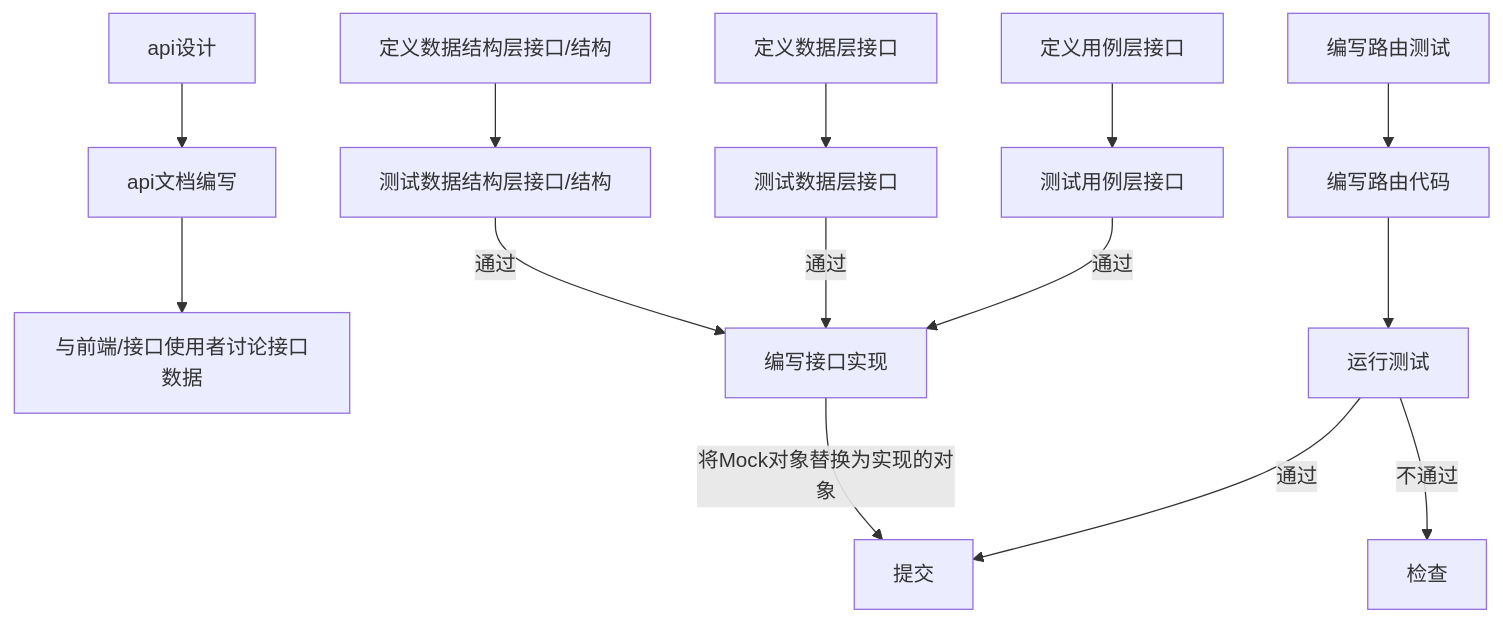
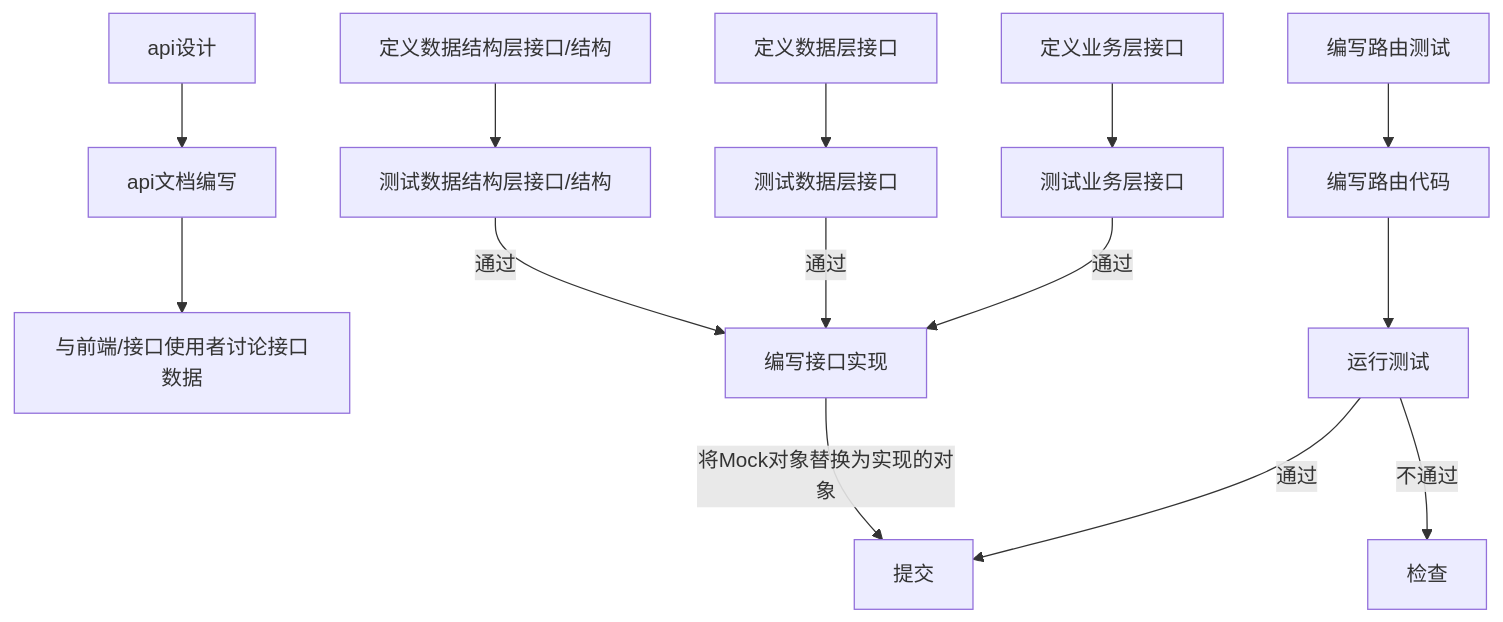
The diagram in README.md (NSObjects/go-template), drawn with Mermaid before and after one commit. The commit also changed other lines of this file and 3 other files, not shown here.

````diff
--- a/README.md
+++ b/README.md
@@ -12,21 +12,21 @@
 ```mermaid
 graph TD;
 api设计-->api文档编写;
 api文档编写-->与前端/接口使用者讨论接口数据;
 
 编写路由测试-->编写路由代码;
 编写路由代码-->运行测试;
 运行测试-->|通过|提交;
 运行测试-->|不通过|检查;
 
-定义用例层接口-->测试用例层接口;
-测试用例层接口-->|通过|编写接口实现;
+定义业务层接口-->测试业务层接口;
+测试业务层接口-->|通过|编写接口实现;
 
 定义数据层接口-->测试数据层接口;
 测试数据层接口-->|通过|编写接口实现;
   
 定义数据结构层接口/结构-->测试数据结构层接口/结构;
 测试数据结构层接口/结构-->|通过|编写接口实现;
 
 编写接口实现-->|将Mock对象替换为实现的对象|提交;
 ```
````
